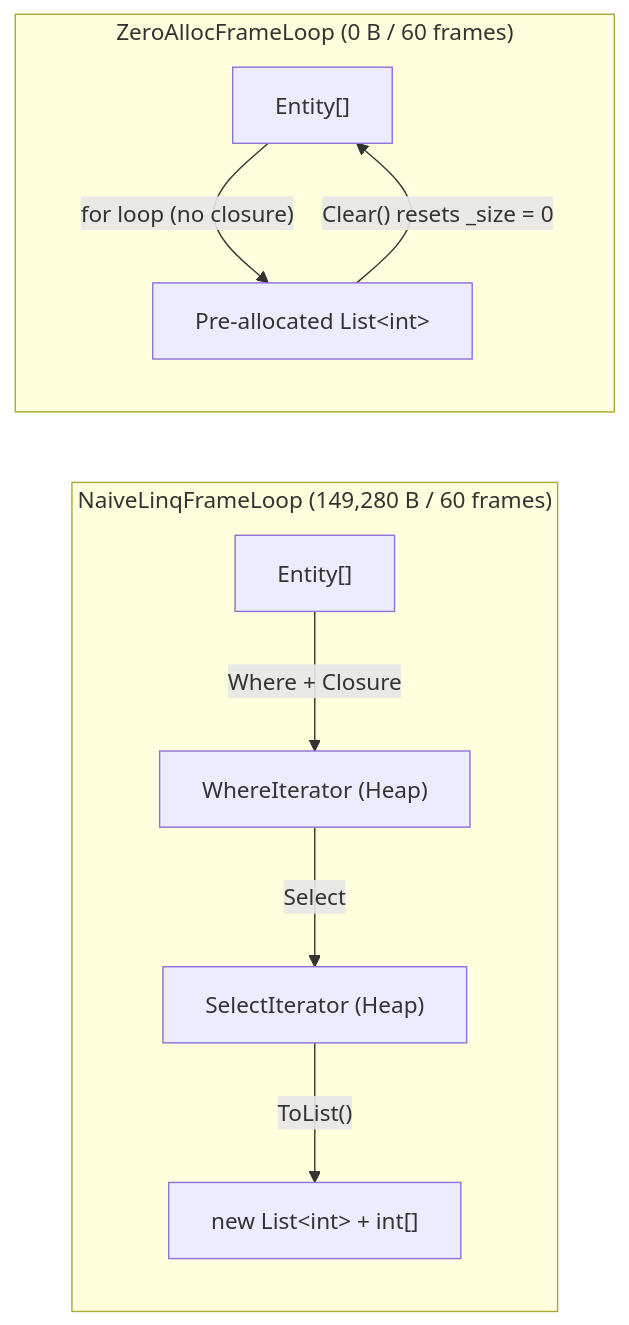
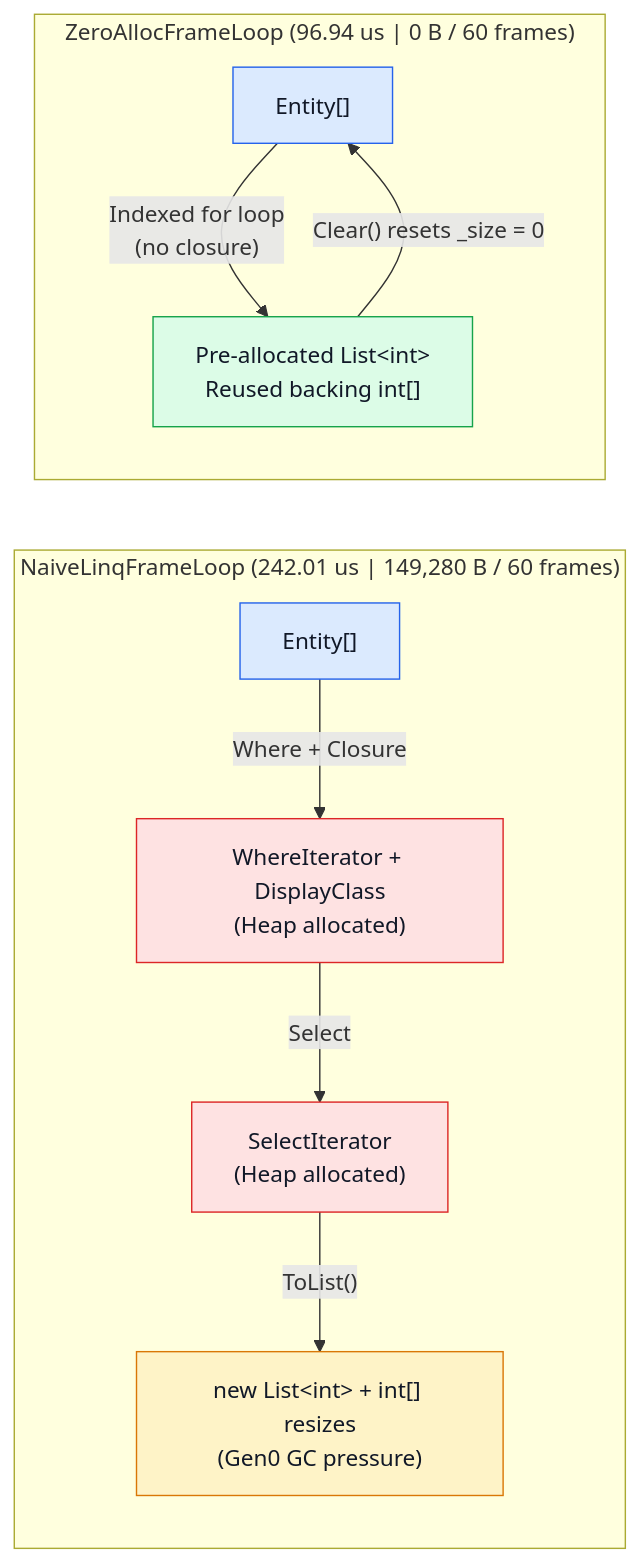
The diagram in CSharpLessons/HotPathAllocations/Tutorial/en.md (LevyArsOS/csharp-lessons), drawn with Mermaid before and after one commit. The commit also changed other lines of this file and 3 other files, not shown here.

First line of the commit message:
docs(tutorials): upgrade HotPathAllocations and ObjectPooling diagrams

````diff
--- a/CSharpLessons/HotPathAllocations/Tutorial/en.md
+++ b/CSharpLessons/HotPathAllocations/Tutorial/en.md
@@ -39,12 +39,18 @@
 ```mermaid
 flowchart LR
-    subgraph Naive["NaiveLinqFrameLoop (149,280 B / 60 frames)"]
-        W["Entity[]"] -->|"Where + Closure"| WI["WhereIterator (Heap)"]
-        WI -->|"Select"| SI["SelectIterator (Heap)"]
-        SI -->|"ToList()"| L["new List&lt;int&gt; + int[]"]
+    classDef slow fill:#fee2e2,stroke:#dc2626,color:#111827
+    classDef fast fill:#dcfce7,stroke:#16a34a,color:#111827
+    classDef hw fill:#dbeafe,stroke:#2563eb,color:#111827
+    classDef warn fill:#fef3c7,stroke:#d97706,color:#111827
+
+    subgraph Naive["NaiveLinqFrameLoop (242.01 us | 149,280 B / 60 frames)"]
+        W["Entity[]"]:::hw -->|"Where + Closure"| WI["WhereIterator + DisplayClass<br/>(Heap allocated)"]:::slow
+        WI -->|"Select"| SI["SelectIterator<br/>(Heap allocated)"]:::slow
+        SI -->|"ToList()"| L["new List&lt;int&gt; + int[] resizes<br/>(Gen0 GC pressure)"]:::warn
     end
-    subgraph ZeroAlloc["ZeroAllocFrameLoop (0 B / 60 frames)"]
-        W2["Entity[]"] -->|"for loop (no closure)"| S["Pre-allocated List&lt;int&gt;"]
+
+    subgraph ZeroAlloc["ZeroAllocFrameLoop (96.94 us | 0 B / 60 frames)"]
+        W2["Entity[]"]:::hw -->|"Indexed for loop<br/>(no closure)"| S["Pre-allocated List&lt;int&gt;<br/>Reused backing int[]"]:::fast
         S -->|"Clear() resets _size = 0"| W2
     end
 ```
````
